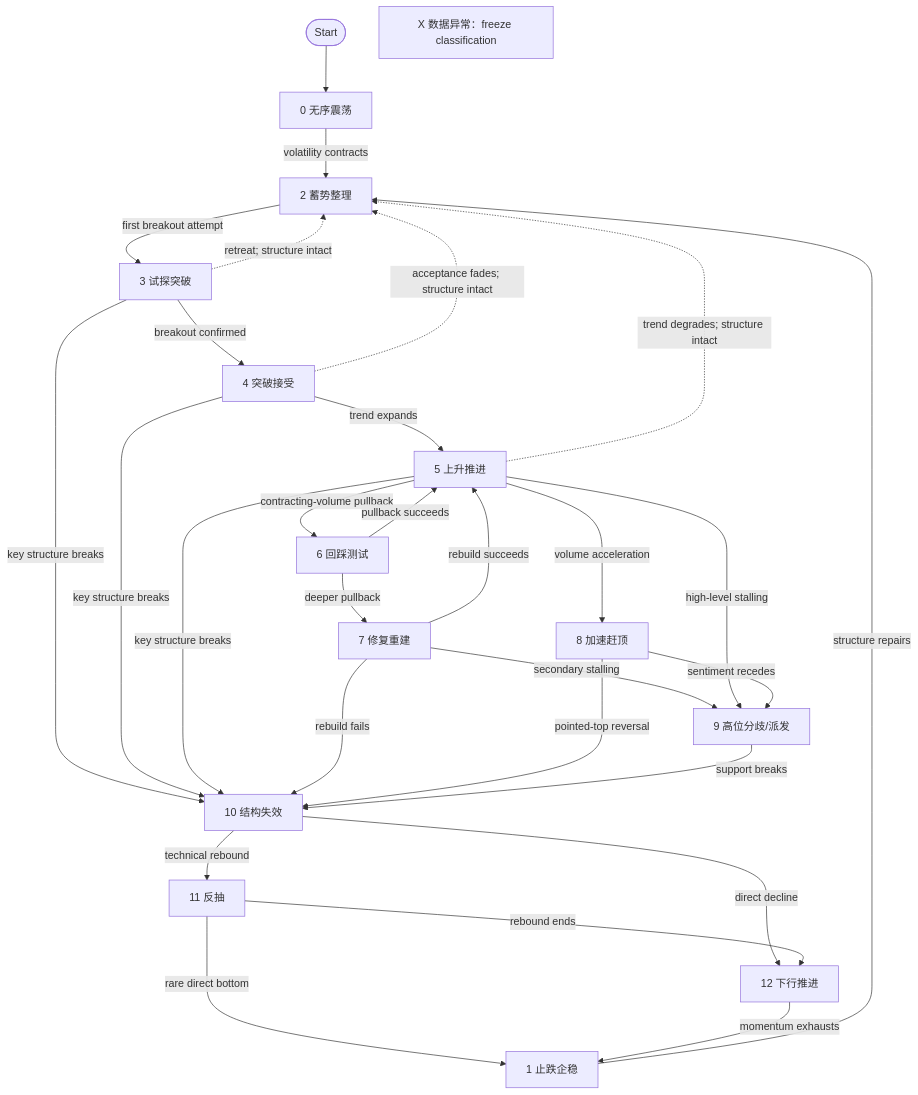
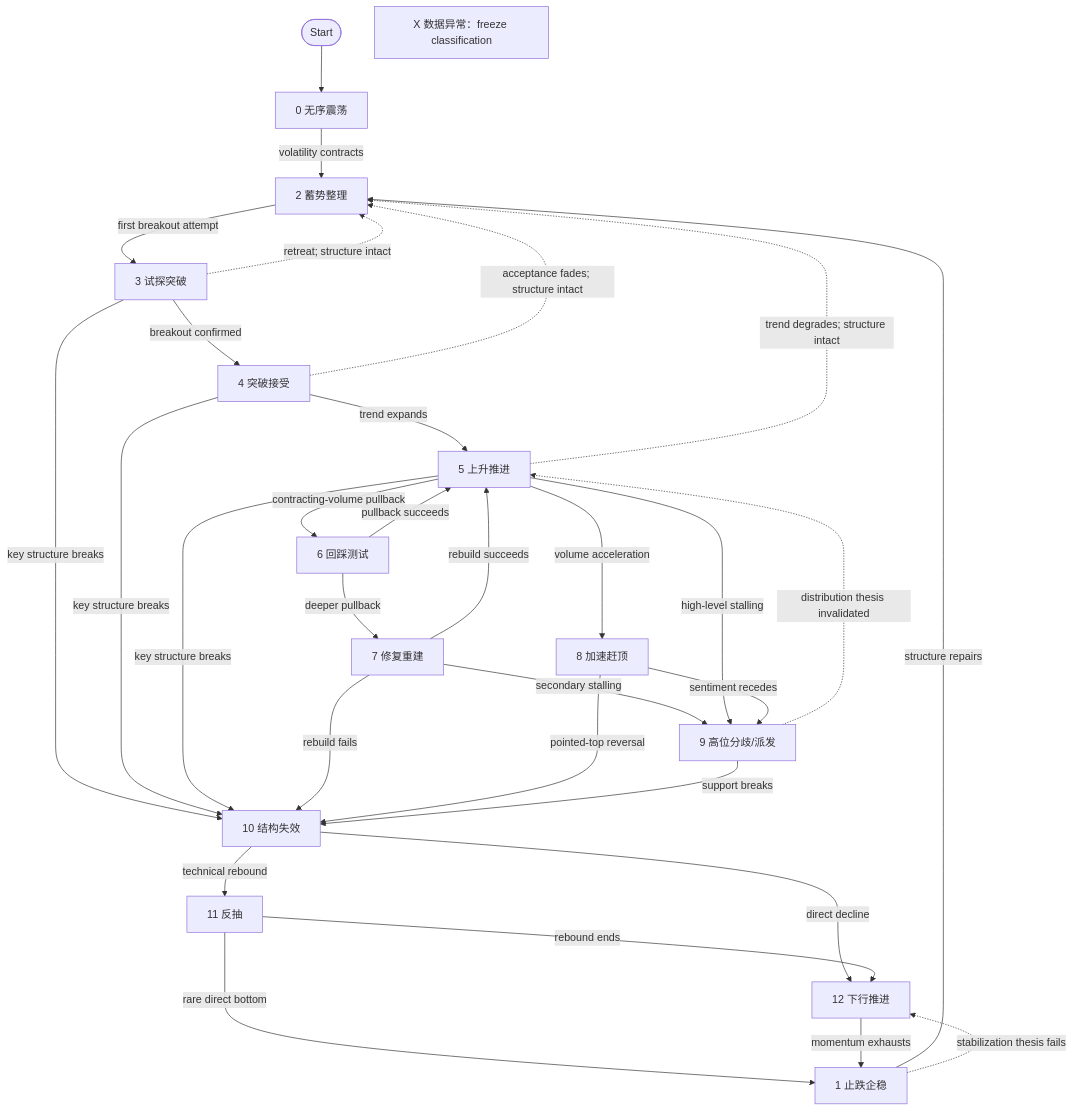
One commit to rv198-star/Quanthus changed the diagram in docs/design/stock-stage-state-machine.md. Above: the diagram before and after it, drawn with Mermaid. The commit also changed other lines of this file and 17 other files, not shown here.

````diff
--- a/docs/design/stock-stage-state-machine.md
+++ b/docs/design/stock-stage-state-machine.md
@@ -67,37 +84,39 @@
 ```mermaid
 flowchart TD
     START([Start]) --> S0["0 无序震荡"]
     S0 -->|volatility contracts| S2["2 蓄势整理"]
     S1["1 止跌企稳"] -->|structure repairs| S2
     S2 -->|first breakout attempt| S3["3 试探突破"]
     S3 -->|breakout confirmed| S4["4 突破接受"]
     S4 -->|trend expands| S5["5 上升推进"]
 
     S3 -.->|retreat; structure intact| S2
     S4 -.->|acceptance fades; structure intact| S2
     S5 -.->|trend degrades; structure intact| S2
     S3 -->|key structure breaks| S10["10 结构失效"]
     S4 -->|key structure breaks| S10
     S5 -->|key structure breaks| S10
 
     S5 -->|contracting-volume pullback| S6["6 回踩测试"]
     S6 -->|pullback succeeds| S5
     S6 -->|deeper pullback| S7["7 修复重建"]
     S7 -->|rebuild succeeds| S5
     S7 -->|secondary stalling| S9["9 高位分歧/派发"]
     S7 -->|rebuild fails| S10
 
     S5 -->|volume acceleration| S8["8 加速赶顶"]
     S5 -->|high-level stalling| S9
     S8 -->|sentiment recedes| S9
     S8 -->|pointed-top reversal| S10
     S9 -->|support breaks| S10
 
     S10 -->|technical rebound| S11["11 反抽"]
     S10 -->|direct decline| S12["12 下行推进"]
     S11 -->|rebound ends| S12
     S11 -->|rare direct bottom| S1
+    S1 -.->|stabilization thesis fails| S12
     S12 -->|momentum exhausts| S1
+    S9 -.->|distribution thesis invalidated| S5
 
     SX["X 数据异常：freeze classification"]
 ```
````
